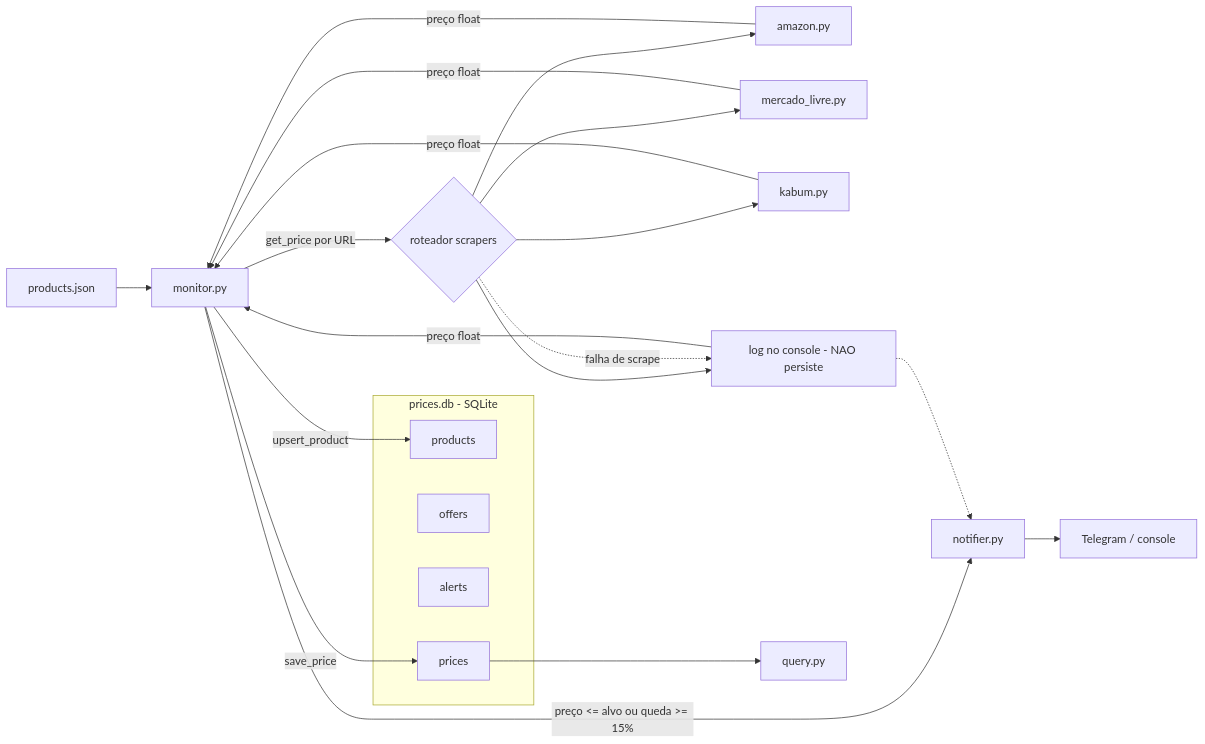
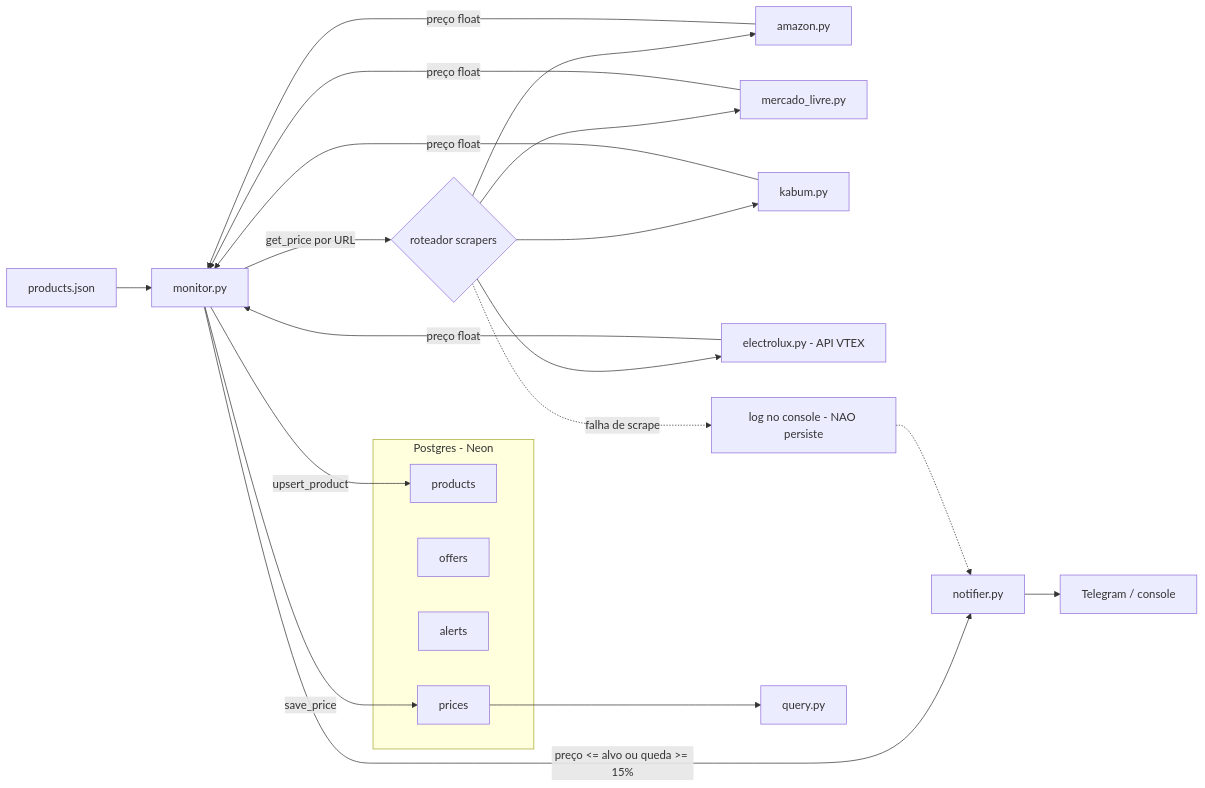
Before and after one commit to GuiNunesBR/price-agent: the diagram in README.md, drawn with Mermaid. The commit also changed other lines of this file and 3 other files, not shown here.

````diff
--- a/README.md
+++ b/README.md
@@ -127,28 +132,28 @@
 ```mermaid
 flowchart LR
     PJ[products.json] --> M[monitor.py]
     M -->|get_price por URL| R{roteador scrapers}
     R --> A[amazon.py]
     R --> ML[mercado_livre.py]
     R --> K[kabum.py]
     R --> E[electrolux.py - API VTEX]
     A & ML & K & E -->|preço float| M
 
-    subgraph DB[prices.db - SQLite]
+    subgraph DB[Postgres - Neon]
         TP[products]
         TO[offers]
         TA[alerts]
         TPR[prices]
     end
 
     M -->|upsert_product| TP
     M -->|save_price| TPR
 
     M -->|preço <= alvo ou queda >= 15%| N[notifier.py]
     N --> T[Telegram / console]
 
-    R -.->|falha de scrape| E[log no console - NAO persiste]
-    E -.-> N
+    R -.->|falha de scrape| LOG[log no console - NAO persiste]
+    LOG -.-> N
 
     TPR --> Q[query.py]
 ```
````
